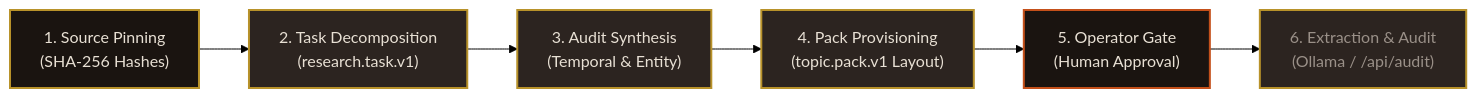
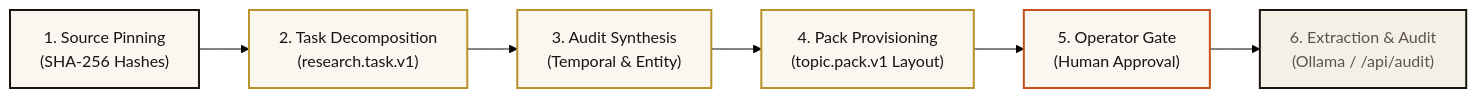
The diagram in wiki/Architecture-&-Data-Model.md (sorensencc-dotcom/TRM), drawn with Mermaid (forest theme) before and after one commit. The commit also changed 23 other files, not shown here.

First line of the commit message:
docs(wiki): CIC readable parchment diagrams (F5F0E6 field)

````diff
--- a/wiki/Architecture-&-Data-Model.md
+++ b/wiki/Architecture-&-Data-Model.md
@@ -56,13 +56,13 @@
 ```mermaid
 flowchart LR
-    classDef inputStyle fill:#1A1410,stroke:#B8922A,stroke-width:2px,color:#E8E0D4;
-    classDef stageStyle fill:#2C2420,stroke:#B8922A,stroke-width:2px,color:#E8E0D4;
-    classDef gateStyle fill:#1A1410,stroke:#C4501A,stroke-width:2px,color:#E8E0D4;
-    classDef syncStyle fill:#2C2420,stroke:#B8922A,stroke-width:2px,color:#9A9088;
+    classDef inputStyle fill:#FAF6F0,stroke:#1A1410,stroke-width:2px,color:#1A1410;
+    classDef stageStyle fill:#FAF6F0,stroke:#B8922A,stroke-width:2px,color:#1A1410;
+    classDef gateStyle fill:#FAF6F0,stroke:#C4501A,stroke-width:2px,color:#1A1410;
+    classDef syncStyle fill:#F5F0E6,stroke:#1A1410,stroke-width:2px,color:#5C5349;
 
     PIN["1. Source Pinning<br/>(SHA-256 Hashes)"]:::inputStyle --> DEC["2. Task Decomposition<br/>(research.task.v1)"]:::stageStyle
     DEC --> AUD_SYN["3. Audit Synthesis<br/>(Temporal & Entity)"]:::stageStyle
     AUD_SYN --> PROV["4. Pack Provisioning<br/>(topic.pack.v1 Layout)"]:::stageStyle
     PROV --> GATE["5. Operator Gate<br/>(Human Approval)"]:::gateStyle
     GATE --> EXEC["6. Extraction & Audit<br/>(Ollama / /api/audit)"]:::syncStyle
 ```
````
